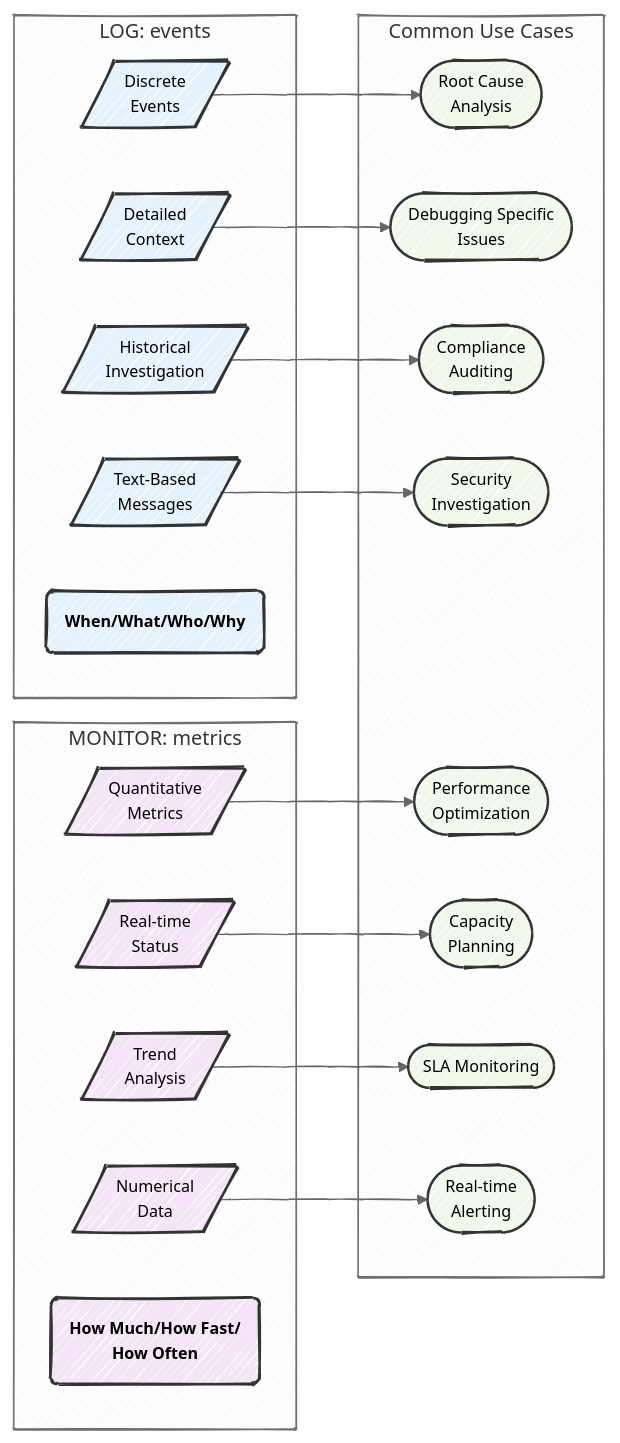
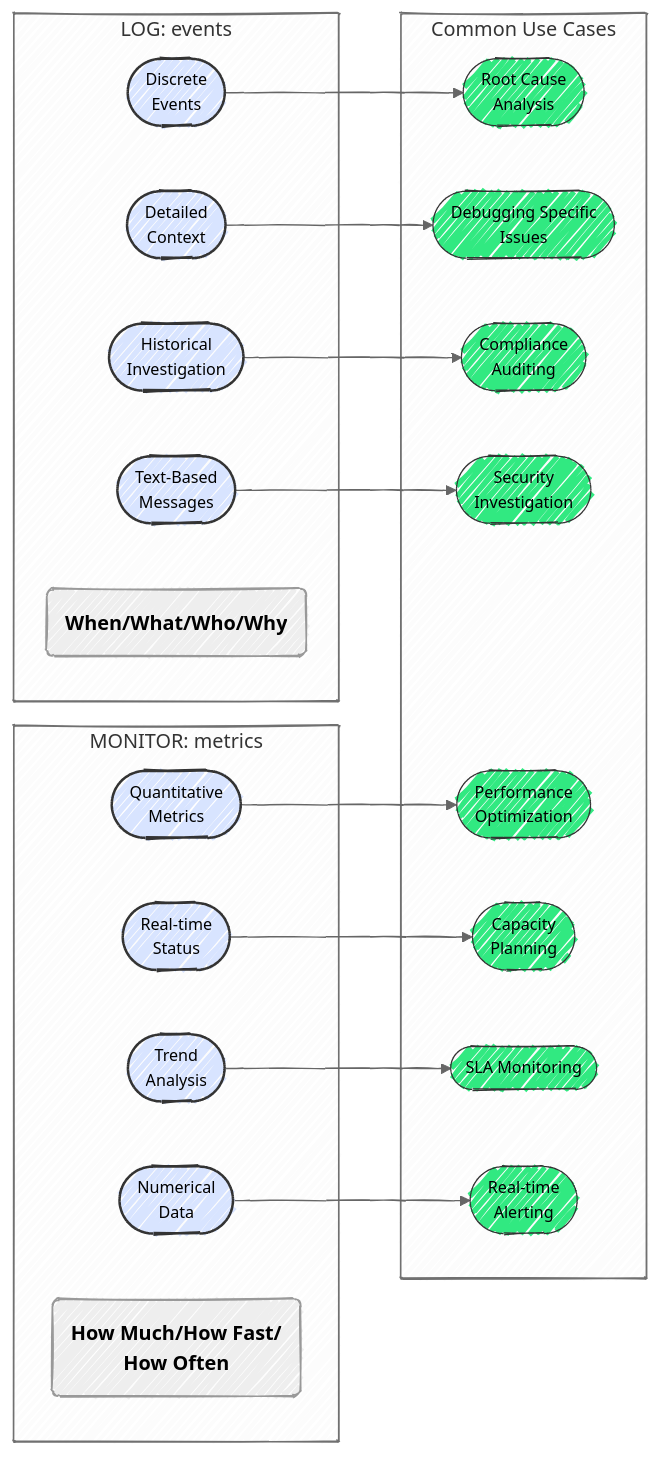
The first of 2 diagrams in lab4.qmd (mjfrigaard/do4ds-labs), drawn with Mermaid before and after one commit. The commit also changed other lines of this file and 18 other files, not shown here.

````diff
--- a/lab4.qmd
+++ b/lab4.qmd
@@ -50,53 +50,53 @@
 ```{mermaid}
 %%| fig-cap: 'Logging vs. Monitoring'
 %%| fig-align: center
 %%| fig-width: 6.5
 %%{init: {'theme': 'neutral', 'look': 'handDrawn', 'themeVariables': { 'fontFamily': 'monospace'}}}%%
 
 graph LR
     subgraph "LOG: events"
-        L1[/"Discrete<br>Events"/]
-        L2[/"Detailed<br>Context"/]
-        L3[/"Historical<br>Investigation"/]
-        L4[/"Text-Based<br>Messages"/]
+        L1(["Discrete<br>Events"])
+        L2(["Detailed<br>Context"])
+        L3(["Historical<br>Investigation"])
+        L4(["Text-Based<br>Messages"])
         L5("<strong>When/What/Who/Why</strong>")
     end
     
     subgraph "MONITOR: metrics"
-        M1[/"Quantitative<br>Metrics"/]
-        M2[/"Real-time<br>Status"/]
-        M3[/"Trend<br>Analysis"/]
-        M4[/"Numerical<br>Data"/]
+        M1(["Quantitative<br>Metrics"])
+        M2(["Real-time<br>Status"])
+        M3(["Trend<br>Analysis"])
+        M4(["Numerical<br>Data"])
         M5("<strong>How Much/How Fast/<br>How Often</strong>")
     end
     
     subgraph "Common Use Cases"
         LC(["Root Cause<br>Analysis"])
         LC2(["Debugging Specific<br>Issues"])
         LC3(["Compliance<br>Auditing"])
         LC4(["Security<br>Investigation"])
         
         MC(["Performance<br>Optimization"])
         MC2(["Capacity<br>Planning"])
         MC3(["SLA Monitoring"])
         MC4(["Real-time<br>Alerting"])
     end
     
     L1 --> LC
     L2 --> LC2
     L3 --> LC3
     L4 --> LC4
     
     M1 --> MC
     M2 --> MC2
     M3 --> MC3
     M4 --> MC4
     
-    classDef logging fill:#e3f2fd,stroke:#333,stroke-width:2px,rx:6,ry:6,text-align:center,font-size:13px
-    classDef monitoring fill:#f3e5f5,stroke:#333,stroke-width:2px,rx:6,ry:6,text-align:center,font-size:13px
-    classDef usecase fill:#f1f8e9,stroke:#333,stroke-width:2px,rx:6,ry:6,text-align:center,font-size:13px
+    classDef logging fill:#d8e4ff,stroke:#333,stroke-width:2px,rx:6,ry:6,text-align:center,font-size:13px
+    classDef monitoring fill:#d8e4ff,stroke:#333,stroke-width:2px,rx:6,ry:6,text-align:center,font-size:13px
+    classDef usecase fill:#31e981,stroke:#333,stroke-width:1px,rx:6,ry:6,text-align:center,font-size:13px
     
-    class L1,L2,L3,L4,L5 logging
-    class M1,M2,M3,M4,M5 monitoring
+    class L1,L2,L3,L4 logging
+    class M1,M2,M3,M4 monitoring
     class LC,LC2,LC3,LC4,MC,MC2,MC3,MC4 usecase
 ```
````
